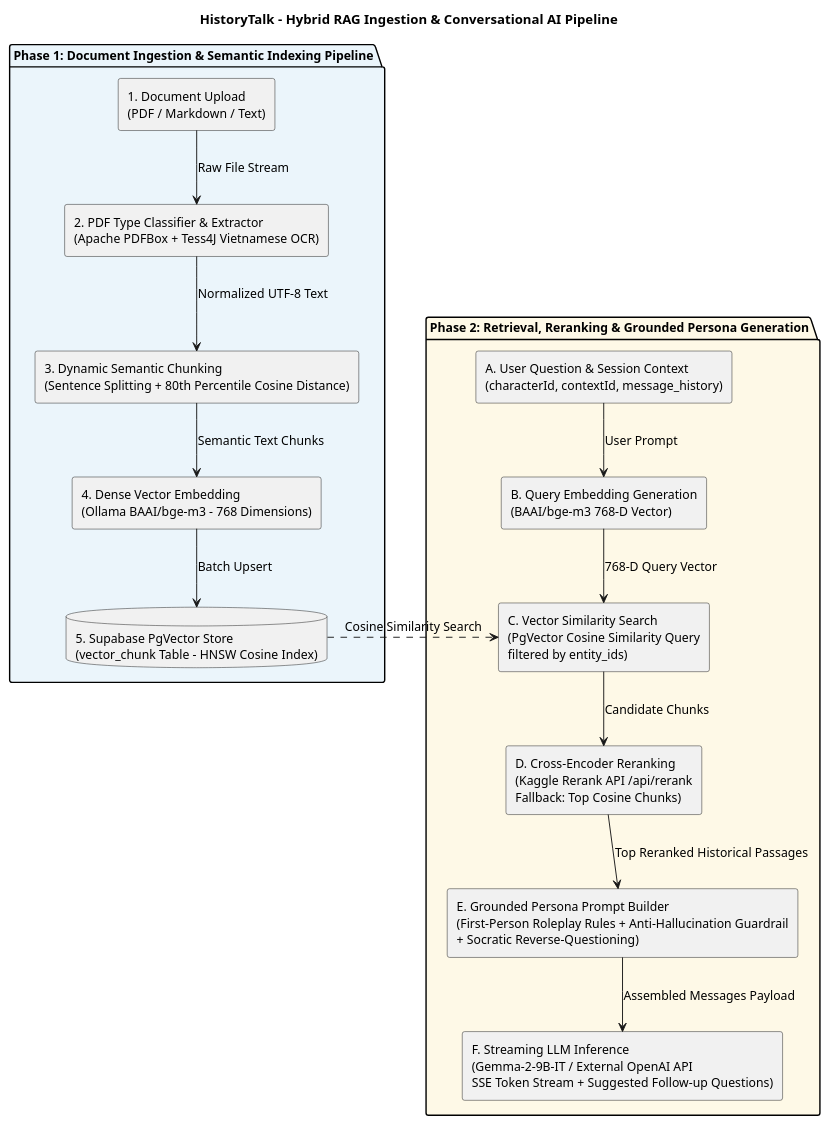
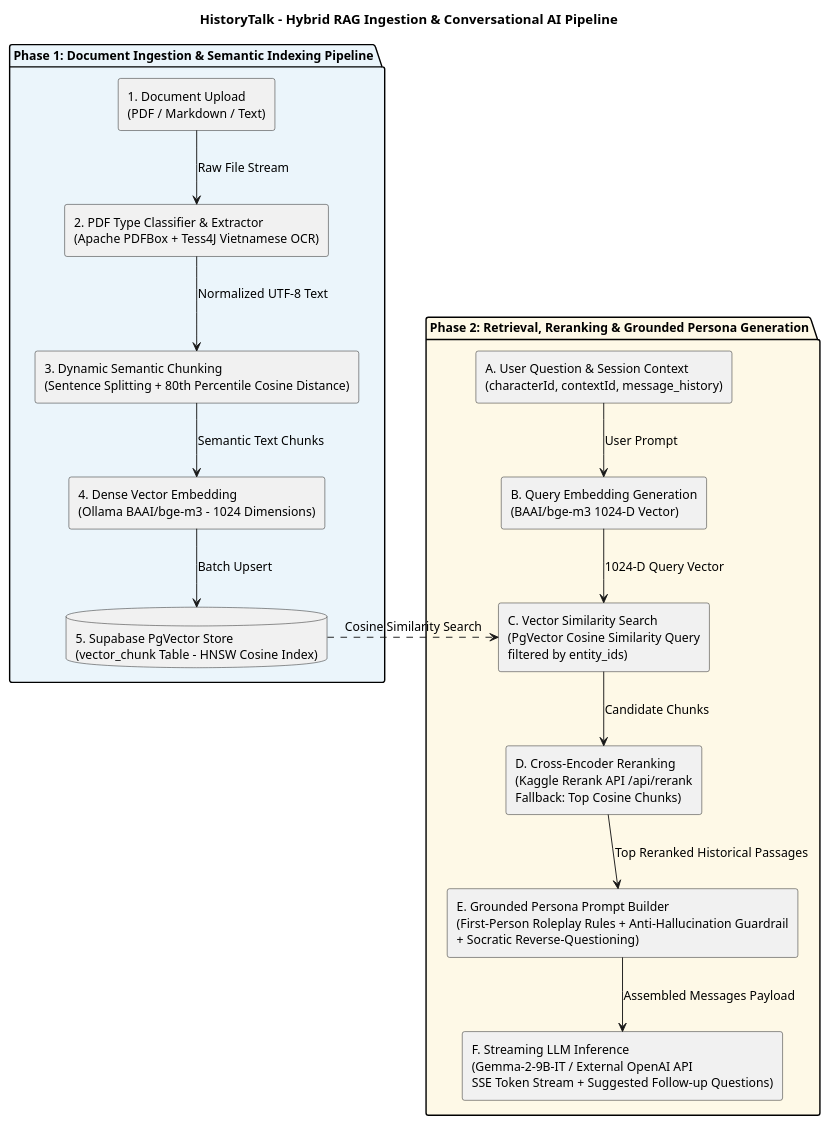
Before and after one commit to DinhTQSE/Capstone_FinalProject_HistoryTalk: the diagram in docs/report4_sdd/uml/arch_ai_rag_pipeline.puml, drawn with PlantUML. The commit also changed 16 other files, not shown here.

Commit message:
docs: correct bge-m3 embedding dimensions to 1024

```diff
--- a/docs/report4_sdd/uml/arch_ai_rag_pipeline.puml
+++ b/docs/report4_sdd/uml/arch_ai_rag_pipeline.puml
@@ -1,39 +1,39 @@
 @startuml
 scale max 2000 width
 top to bottom direction
 skinparam componentStyle rectangle
 skinparam defaultFontName "Times New Roman"
 skinparam defaultFontSize 13
 skinparam shadowing false
 
 title HistoryTalk - Hybrid RAG Ingestion & Conversational AI Pipeline
 
 package "Phase 1: Document Ingestion & Semantic Indexing Pipeline" #EBF5FB {
     [1. Document Upload\n(PDF / Markdown / Text)] as Step1
     [2. PDF Type Classifier & Extractor\n(Apache PDFBox + Tess4J Vietnamese OCR)] as Step2
     [3. Dynamic Semantic Chunking\n(Sentence Splitting + 80th Percentile Cosine Distance)] as Step3
-    [4. Dense Vector Embedding\n(Ollama BAAI/bge-m3 - 768 Dimensions)] as Step4
+    [4. Dense Vector Embedding\n(Ollama BAAI/bge-m3 - 1024 Dimensions)] as Step4
     database "5. Supabase PgVector Store\n(vector_chunk Table - HNSW Cosine Index)" as VecStore
 }
 
 package "Phase 2: Retrieval, Reranking & Grounded Persona Generation" #FEF9E7 {
     [A. User Question & Session Context\n(characterId, contextId, message_history)] as QueryIn
-    [B. Query Embedding Generation\n(BAAI/bge-m3 768-D Vector)] as QueryEmbed
+    [B. Query Embedding Generation\n(BAAI/bge-m3 1024-D Vector)] as QueryEmbed
     [C. Vector Similarity Search\n(PgVector Cosine Similarity Query\nfiltered by entity_ids)] as VecSearch
     [D. Cross-Encoder Reranking\n(Kaggle Rerank API /api/rerank\nFallback: Top Cosine Chunks)] as Rerank
     [E. Grounded Persona Prompt Builder\n(First-Person Roleplay Rules + Anti-Hallucination Guardrail\n+ Socratic Reverse-Questioning)] as PromptBuild
     [F. Streaming LLM Inference\n(Gemma-2-9B-IT / External OpenAI API\nSSE Token Stream + Suggested Follow-up Questions)] as LlmStream
 }
 
 Step1 -down-> Step2 : Raw File Stream
 Step2 -down-> Step3 : Normalized UTF-8 Text
 Step3 -down-> Step4 : Semantic Text Chunks
 Step4 -down-> VecStore : Batch Upsert
 
 QueryIn -down-> QueryEmbed : User Prompt
-QueryEmbed -down-> VecSearch : 768-D Query Vector
+QueryEmbed -down-> VecSearch : 1024-D Query Vector
 VecStore .right.> VecSearch : Cosine Similarity Search
 VecSearch -down-> Rerank : Candidate Chunks
 Rerank -down-> PromptBuild : Top Reranked Historical Passages
 PromptBuild -down-> LlmStream : Assembled Messages Payload
 @enduml
```
